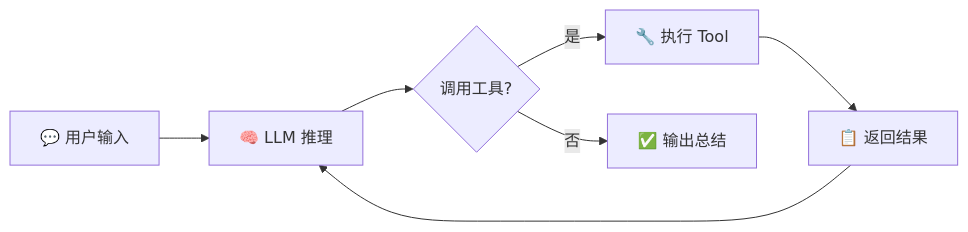
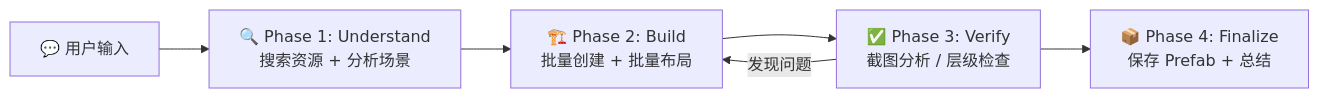
The diagram in README.md (Wonderland6627/UIPrefabBuilder), drawn with Mermaid before and after one commit. The commit also changed other lines of this file, not shown here.

````diff
--- a/README.md
+++ b/README.md
@@ -81,9 +86,8 @@
 ```mermaid
 flowchart LR
-    A[💬 用户输入] --> B[🧠 LLM 推理]
-    B --> C{调用工具?}
-    C -->|是| D[🔧 执行 Tool]
-    D --> E[📋 返回结果]
-    E --> B
-    C -->|否| F[✅ 输出总结]
+    A[💬 用户输入] --> B["🔍 Phase 1: Understand<br/>搜索资源 + 分析场景"]
+    B --> C["🏗️ Phase 2: Build<br/>批量创建 + 批量布局"]
+    C --> D["✅ Phase 3: Verify<br/>截图分析 / 层级检查"]
+    D --> E["📦 Phase 4: Finalize<br/>保存 Prefab + 总结"]
+    D -->|发现问题| C
 ```
````
